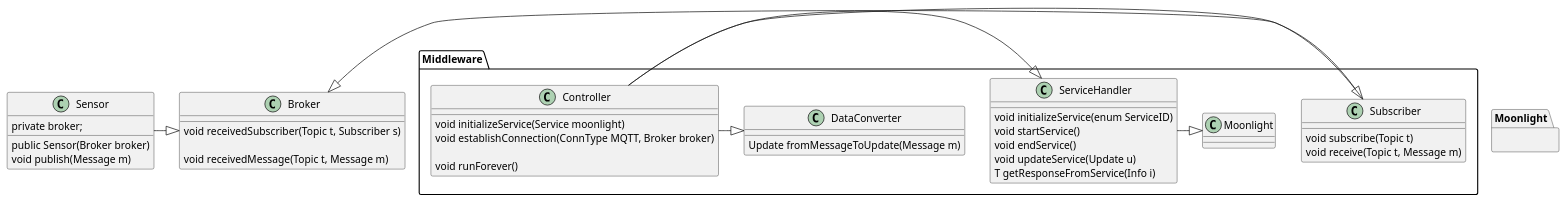
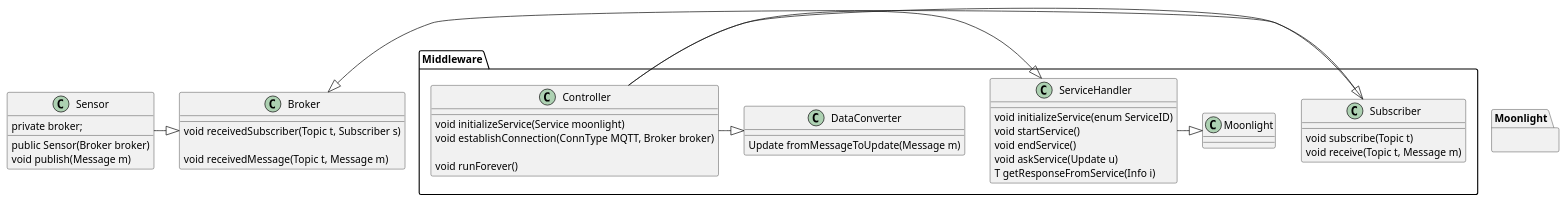
The diagram in Documents/main.puml (oihanagarciaa/GBL-IoTMonitoringSTREL), drawn with PlantUML before and after one commit. The commit also changed 7 other files, not shown here.

```diff
--- a/Documents/main.puml
+++ b/Documents/main.puml
@@ -1,57 +1,57 @@
 @startuml
 
 class Sensor {
     public Sensor(Broker broker)
     private broker;
     void publish(Message m)
 }
 
 class Broker {
     void receivedSubscriber(Topic t, Subscriber s)
 
     ' receivedMessage: it is the method that gets called when someone publishes something [OPTIONAL]
     void receivedMessage(Topic t, Message m)
 }
 
 Sensor -|> Broker
 
 package Middleware {
 
 Subscriber -|> Broker
     class Subscriber {
         void subscribe(Topic t)
         void receive(Topic t, Message m)
     }
 
 Controller -|> Subscriber
 Controller -|> ServiceHandler
 Controller -|> DataConverter
 
    class Controller {
         void initializeService(Service moonlight)
         void establishConnection(ConnType MQTT, Broker broker)
 
         void runForever()
    }
 
     class DataConverter {
         Update fromMessageToUpdate(Message m)
     }
 
     class ServiceHandler {
         void initializeService(enum ServiceID)
         void startService()
         void endService()
-        void updateService(Update u)
+        void askService(Update u)
         T getResponseFromService(Info i)
     }
 
 ServiceHandler -|> Moonlight
 
 }
 
 
 package Moonlight {}
 
 
 @enduml
```
